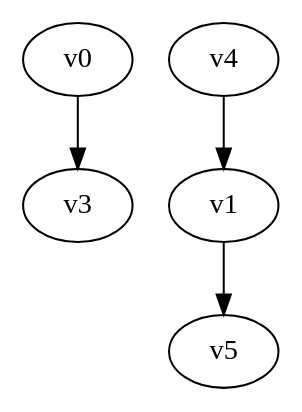
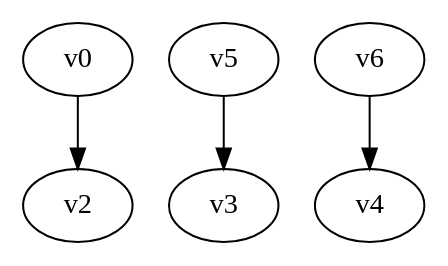
Before and after one commit to yadej/graph_project: the diagram in digraph.dot, drawn with Graphviz. The commit also changed 3 other files, not shown here.

```diff
--- a/digraph.dot
+++ b/digraph.dot
@@ -1,5 +1,5 @@
 digraph G { 
-v0 -> v3;
-v1 -> v5;
-v4 -> v1;
+v0 -> v2;
+v5 -> v3;
+v6 -> v4;
 }
```
